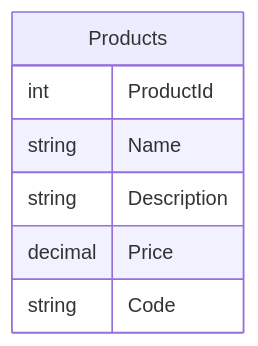
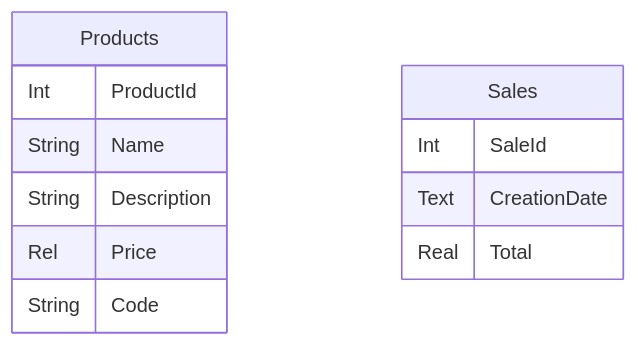
The diagram in documentacion/ERDiagram.md (Wissenss/Xatos), drawn with Mermaid before and after one commit. The commit also changed 13 other files, not shown here.

````diff
--- a/documentacion/ERDiagram.md
+++ b/documentacion/ERDiagram.md
@@ -1,10 +1,16 @@
 ```mermaid
 erDiagram
     Products{
-        int ProductId
-        string Name
-        string Description
-        decimal Price
-        string Code
+        Int ProductId
+        String Name
+        String Description
+        Rel Price
+        String Code
+    }
+
+    Sales{
+        Int SaleId
+        Text CreationDate
+        Real Total
     }
 ```
````
